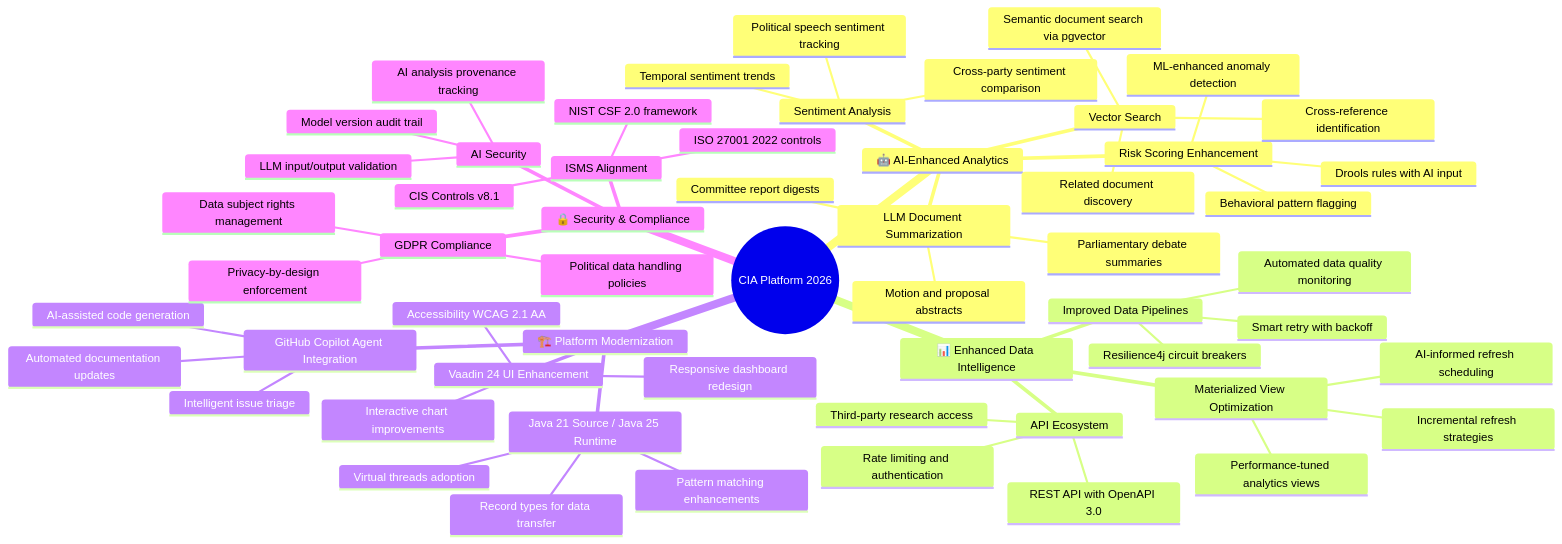
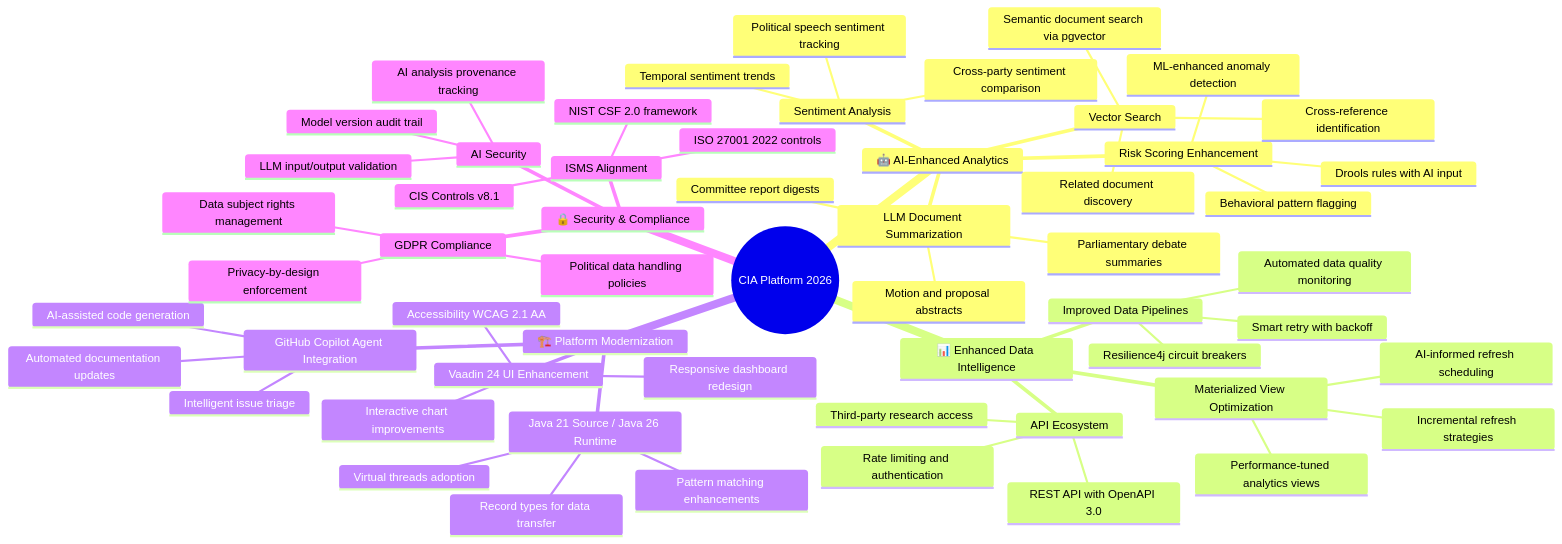
The first of 5 diagrams in FUTURE_MINDMAP.md (Hack23/cia), drawn with Mermaid before and after one commit. The commit also changed 20 other files, not shown here.

Commit message:
feat: update all configs, workflows, and docs to use Java 26 with roadmap

````diff
--- a/FUTURE_MINDMAP.md
+++ b/FUTURE_MINDMAP.md
@@ -26,60 +26,60 @@
 ```mermaid
 mindmap
   root((CIA Platform 2026))
     🤖 AI-Enhanced Analytics
       LLM Document Summarization
         Parliamentary debate summaries
         Motion and proposal abstracts
         Committee report digests
       Sentiment Analysis
         Political speech sentiment tracking
         Cross-party sentiment comparison
         Temporal sentiment trends
       Risk Scoring Enhancement
         ML-enhanced anomaly detection
         Drools rules with AI input
         Behavioral pattern flagging
       Vector Search
         Semantic document search via pgvector
         Related document discovery
         Cross-reference identification
     📊 Enhanced Data Intelligence
       Improved Data Pipelines
         Resilience4j circuit breakers
         Automated data quality monitoring
         Smart retry with backoff
       Materialized View Optimization
         AI-informed refresh scheduling
         Performance-tuned analytics views
         Incremental refresh strategies
       API Ecosystem
         REST API with OpenAPI 3.0
         Rate limiting and authentication
         Third-party research access
     🏗️ Platform Modernization
-      Java 21 Source / Java 25 Runtime
+      Java 21 Source / Java 26 Runtime
         Virtual threads adoption
         Pattern matching enhancements
         Record types for data transfer
       Vaadin 24 UI Enhancement
         Accessibility WCAG 2.1 AA
         Responsive dashboard redesign
         Interactive chart improvements
       GitHub Copilot Agent Integration
         AI-assisted code generation
         Automated documentation updates
         Intelligent issue triage
     🔒 Security & Compliance
       ISMS Alignment
         ISO 27001 2022 controls
         NIST CSF 2.0 framework
         CIS Controls v8.1
       AI Security
         LLM input/output validation
         Model version audit trail
         AI analysis provenance tracking
       GDPR Compliance
         Political data handling policies
         Data subject rights management
         Privacy-by-design enforcement
 ```
````
